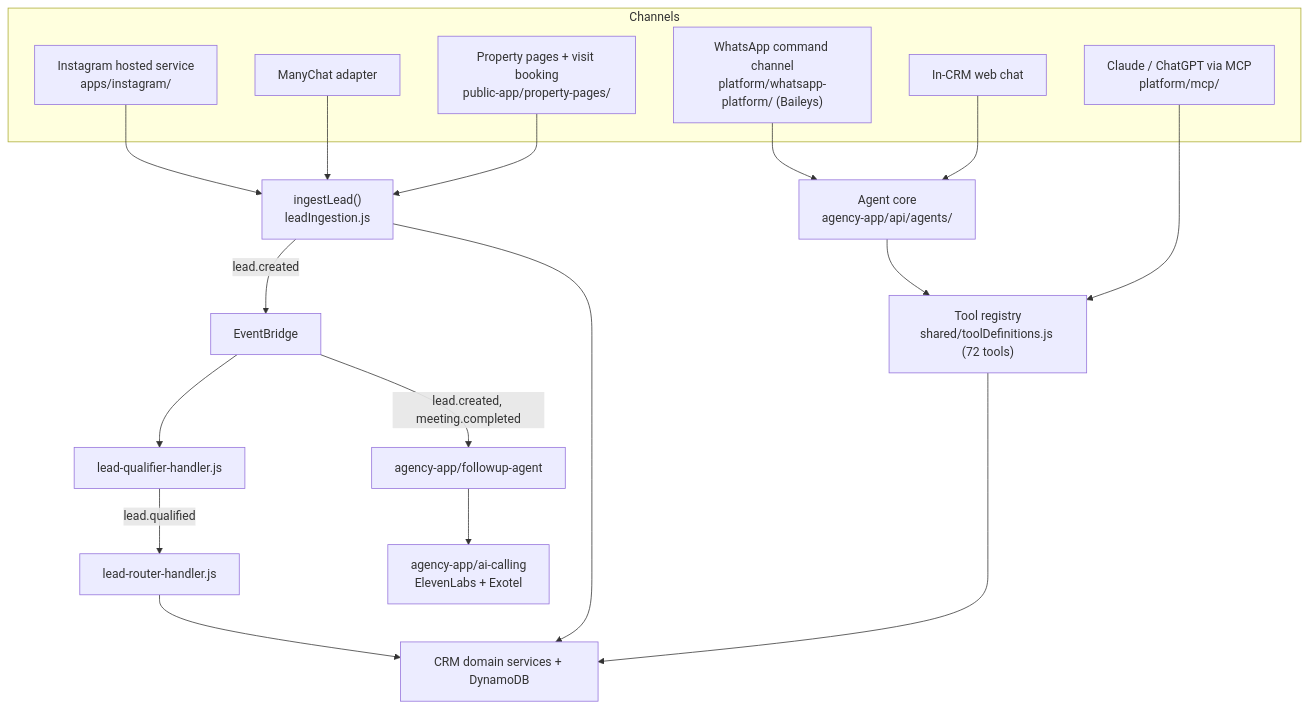
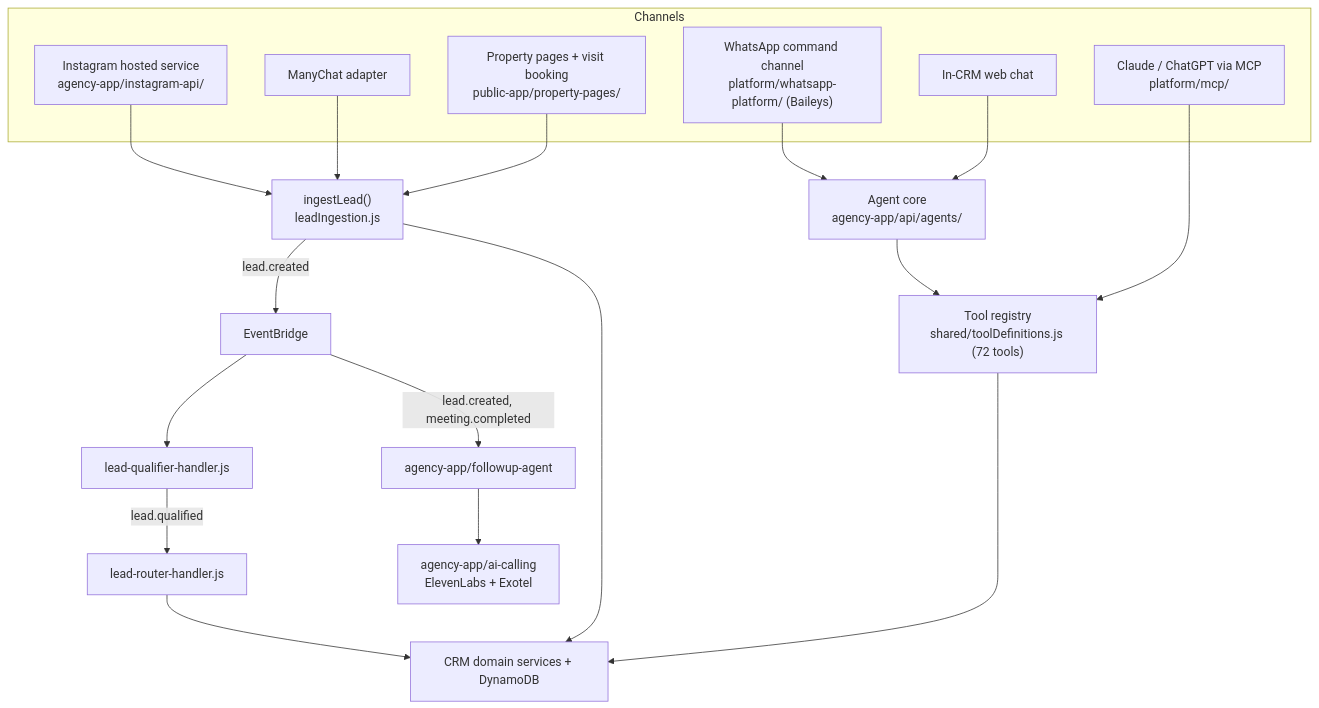
Before and after one commit to irfankhannnn/demo: the diagram in docs/realestateflow-vision/18-migration-strategy.md, drawn with Mermaid. The commit also changed other lines of this file and 12 other files, not shown here.

````diff
--- a/docs/realestateflow-vision/18-migration-strategy.md
+++ b/docs/realestateflow-vision/18-migration-strategy.md
@@ -15,26 +15,26 @@
 ```mermaid
 flowchart TB
     subgraph Channels
-        IG["Instagram hosted service<br/>apps/instagram/"]
+        IG["Instagram hosted service<br/>agency-app/instagram-api/"]
         MC["ManyChat adapter"]
         PP["Property pages + visit booking<br/>public-app/property-pages/"]
         WA["WhatsApp command channel<br/>platform/whatsapp-platform/ (Baileys)"]
         WEB["In-CRM web chat"]
         EXT["Claude / ChatGPT via MCP<br/>platform/mcp/"]
     end
     IG --> ING["ingestLead()<br/>leadIngestion.js"]
     MC --> ING
     PP --> ING
     ING -->|lead.created| EB["EventBridge"]
     EB --> Q["lead-qualifier-handler.js"]
     Q -->|lead.qualified| RT["lead-router-handler.js"]
     WA --> AG["Agent core<br/>agency-app/api/agents/"]
     WEB --> AG
     AG --> REG["Tool registry<br/>shared/toolDefinitions.js (72 tools)"]
     EXT --> REG
     REG --> CRM["CRM domain services + DynamoDB"]
     ING --> CRM
     RT --> CRM
     EB -->|lead.created, meeting.completed| FU["agency-app/followup-agent"]
     FU --> VC["agency-app/ai-calling<br/>ElevenLabs + Exotel"]
 ```
````
